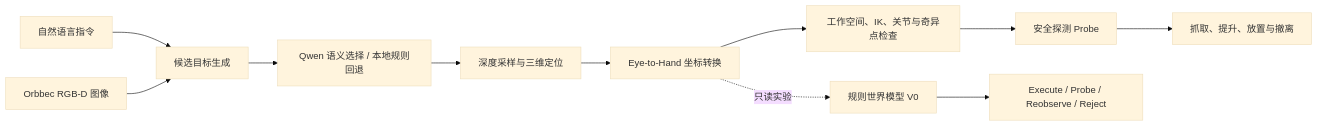
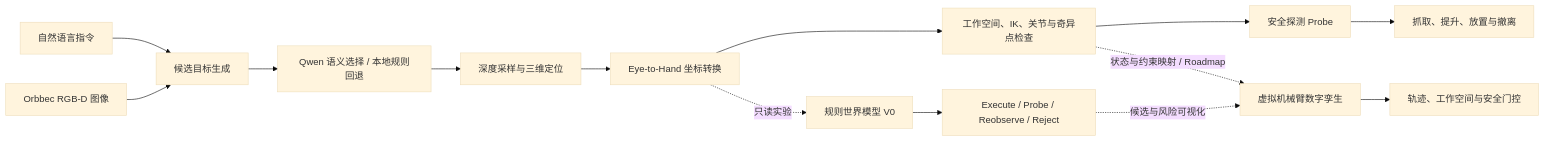
One commit to Doy369/lebai_LM3_agant changed the diagram in README.md. Above: the diagram before and after it, drawn with Mermaid (base theme). The commit also changed other lines of this file, not shown here.

````diff
--- a/README.md
+++ b/README.md
@@ -55,13 +62,16 @@
 ```mermaid
 flowchart LR
     A["自然语言指令"] --> C["候选目标生成"]
     B["Orbbec RGB-D 图像"] --> C
     C --> D["Qwen 语义选择 / 本地规则回退"]
     D --> E["深度采样与三维定位"]
     E --> F["Eye-to-Hand 坐标转换"]
     F --> G["工作空间、IK、关节与奇异点检查"]
     G --> H["安全探测 Probe"]
     H --> I["抓取、提升、放置与撤离"]
     F -.只读实验.-> J["规则世界模型 V0"]
     J --> K["Execute / Probe / Reobserve / Reject"]
+    G -.状态与约束映射 / Roadmap.-> L["虚拟机械臂数字孪生"]
+    K -.候选与风险可视化.-> L
+    L --> M["轨迹、工作空间与安全门控"]
 ```
````
